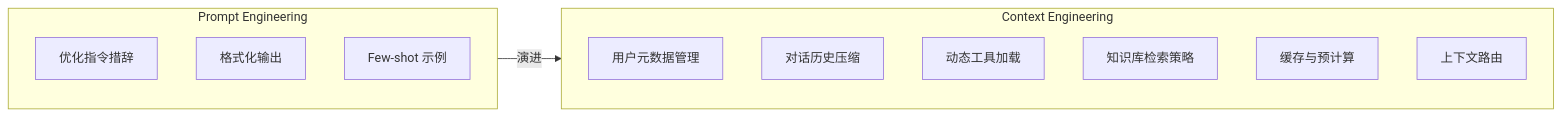
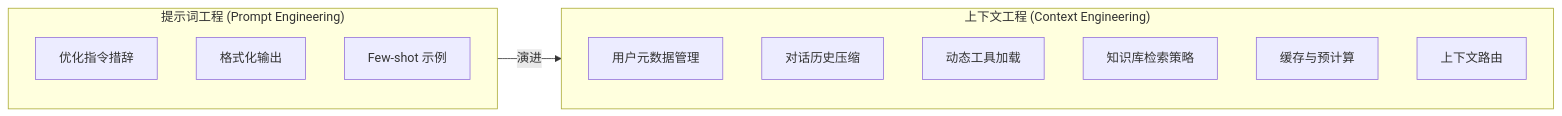
The diagram in 02_reasoning/2.6_context_engineering.md (yeasy/agentic_ai_guide), drawn with Mermaid before and after one commit. The commit also changed other lines of this file and 75 other files, not shown here.

````diff
--- a/02_reasoning/2.6_context_engineering.md
+++ b/02_reasoning/2.6_context_engineering.md
@@ -22,19 +22,19 @@
 ```mermaid
 graph LR
-    subgraph PromptEng["Prompt Engineering"]
+    subgraph PromptEng["提示词工程 (Prompt Engineering)"]
         PE1["优化指令措辞"]
         PE2["格式化输出"]
         PE3["Few-shot 示例"]
     end
     
-    subgraph ContextEng["Context Engineering"]
+    subgraph ContextEng["上下文工程 (Context Engineering)"]
         CE1["用户元数据管理"]
         CE2["对话历史压缩"]
         CE3["动态工具加载"]
         CE4["知识库检索策略"]
         CE5["缓存与预计算"]
         CE6["上下文路由"]
     end
     
     PromptEng --> |"演进"| ContextEng
 ```
````
